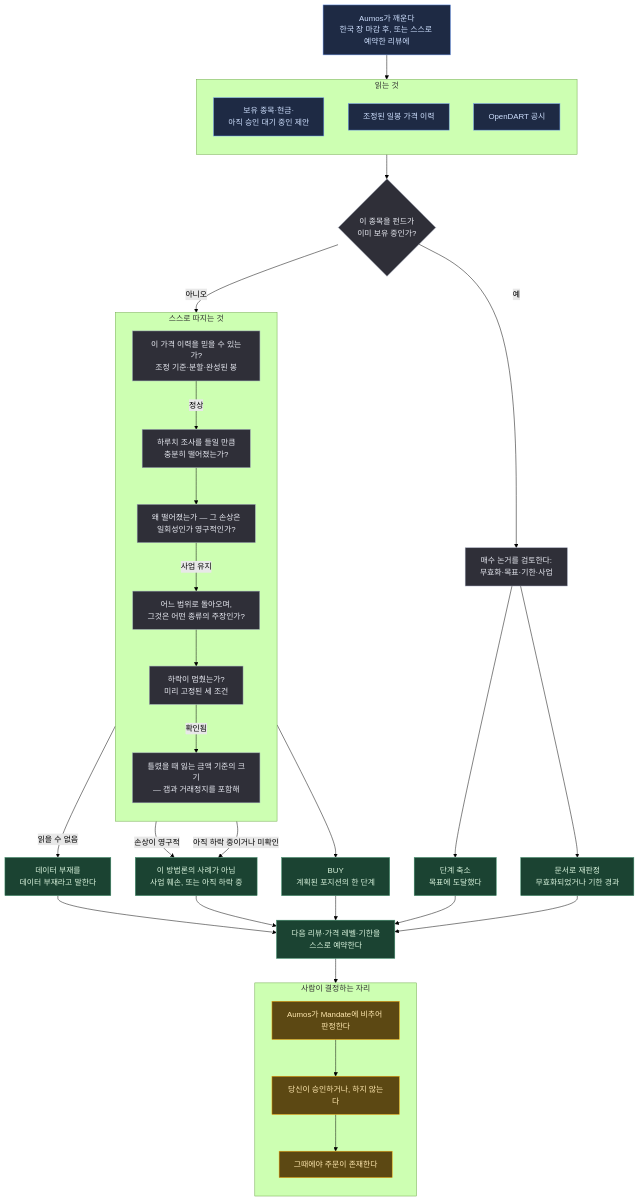
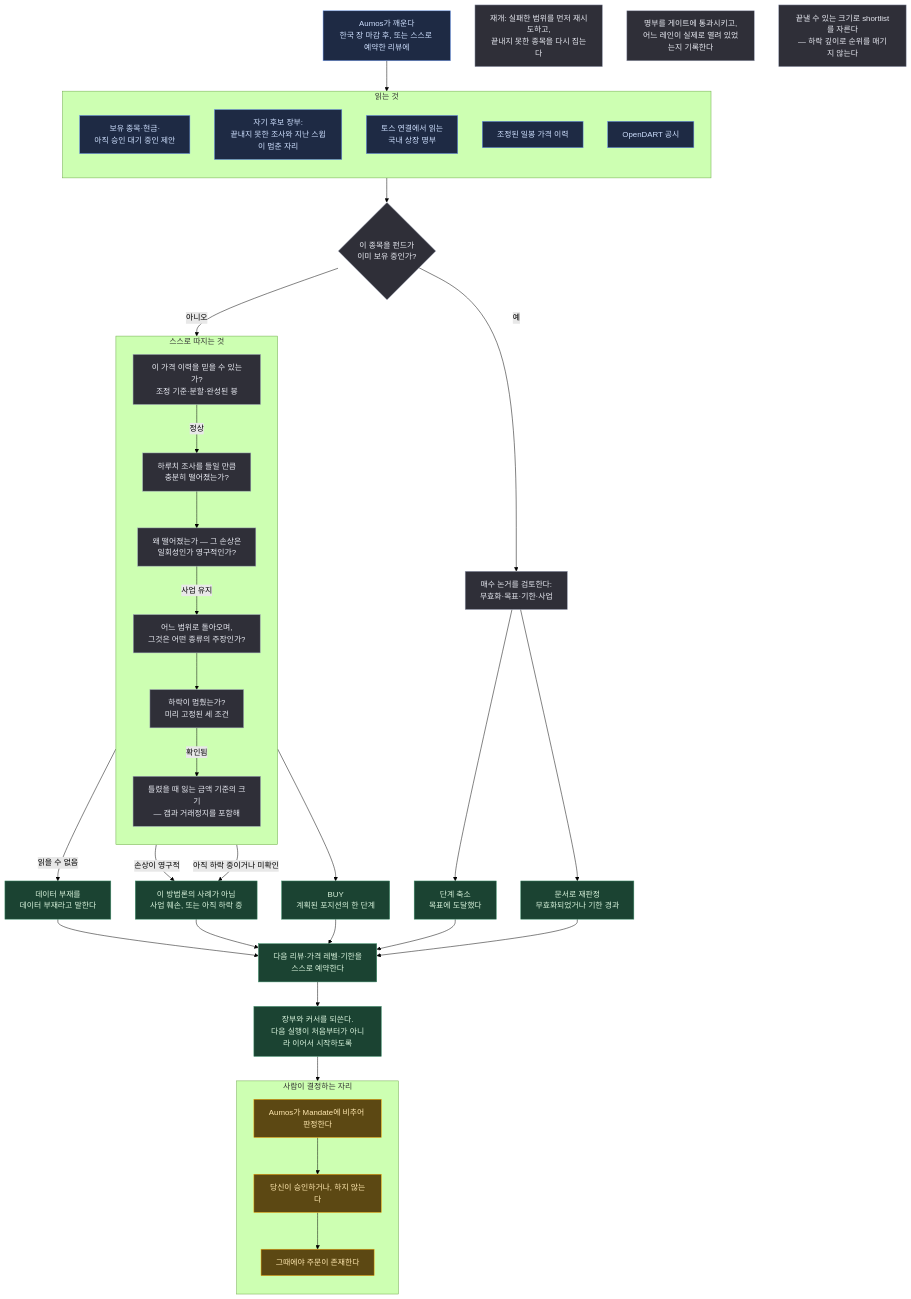
The diagram in managers/fundamental-mean-reversion/README.ko.md (untilled/aumos-catalogue), drawn with Mermaid (forest theme) before and after one commit. The commit also changed other lines of this file and 13 other files, not shown here.

````diff
--- a/managers/fundamental-mean-reversion/README.ko.md
+++ b/managers/fundamental-mean-reversion/README.ko.md
@@ -88,64 +88,72 @@
 ```mermaid
 flowchart TB
     classDef reads fill:#1e2a44,stroke:#6f9bf0,color:#cfe0ff
     classDef judges fill:#2f2f38,stroke:#9aa0b4,color:#e8eaf2
     classDef proposes fill:#1b4332,stroke:#40916c,color:#d8f3dc
     classDef person fill:#5c4813,stroke:#f6a609,color:#ffe8b0
 
     WAKE["Aumos가 깨운다<br/>한국 장 마감 후, 또는 스스로 예약한 리뷰에"]:::reads
 
     subgraph IN["읽는 것"]
         direction TB
         BOOK["보유 종목·현금·<br/>아직 승인 대기 중인 제안"]:::reads
+        LEDG["자기 후보 장부:<br/>끝내지 못한 조사와 지난 스윕이 멈춘 자리"]:::reads
+        ROSTER["토스 연결에서 읽는<br/>국내 상장 명부"]:::reads
         PRICE["조정된 일봉 가격 이력"]:::reads
         FILE["OpenDART 공시"]:::reads
     end
+
+    RESUME["재개: 실패한 범위를 먼저 재시도하고,<br/>끝내지 못한 종목을 다시 집는다"]:::judges
+    SWEEP["명부를 게이트에 통과시키고,<br/>어느 레인이 실제로 열려 있었는지 기록한다"]:::judges
+    CUT["끝낼 수 있는 크기로 shortlist를 자른다<br/>— 하락 깊이로 순위를 매기지 않는다"]:::judges
+    WRITE["장부와 커서를 되쓴다.<br/>다음 실행이 처음부터가 아니라 이어서 시작하도록"]:::proposes
 
     HELD{"이 종목을 펀드가<br/>이미 보유 중인가?"}:::judges
     REVIEW["매수 논거를 검토한다:<br/>무효화·목표·기한·사업"]:::judges
 
     subgraph JUDGE["스스로 따지는 것"]
         direction TB
         INTEG["이 가격 이력을 믿을 수 있는가?<br/>조정 기준·분할·완성된 봉"]:::judges
         GATE["하루치 조사를 들일 만큼<br/>충분히 떨어졌는가?"]:::judges
         WHY["왜 떨어졌는가 — 그 손상은<br/>일회성인가 영구적인가?"]:::judges
         TGT["어느 범위로 돌아오며,<br/>그것은 어떤 종류의 주장인가?"]:::judges
         STAB["하락이 멈췄는가?<br/>미리 고정된 세 조건"]:::judges
         SIZE["틀렸을 때 잃는 금액 기준의 크기<br/>— 갭과 거래정지를 포함해"]:::judges
     end
 
     CANT["데이터 부재를<br/>데이터 부재라고 말한다"]:::proposes
     NOPE["이 방법론의 사례가 아님<br/>사업 훼손, 또는 아직 하락 중"]:::proposes
     BUY["BUY<br/>계획된 포지션의 한 단계"]:::proposes
     TRIM["단계 축소<br/>목표에 도달했다"]:::proposes
     REJUDGE["문서로 재판정<br/>무효화되었거나 기한 경과"]:::proposes
     ARM["다음 리뷰·가격 레벨·기한을<br/>스스로 예약한다"]:::proposes
 
     subgraph HUMAN["사람이 결정하는 자리"]
         direction TB
         MAND["Aumos가 Mandate에 비추어 판정한다"]:::person
         YOU["당신이 승인하거나, 하지 않는다"]:::person
         ORD["그때에야 주문이 존재한다"]:::person
     end
 
     WAKE --> IN --> HELD
     HELD -- 예 --> REVIEW
     REVIEW --> TRIM
     REVIEW --> REJUDGE
     HELD -- 아니오 --> INTEG
     INTEG -- "읽을 수 없음" --> CANT
     INTEG -- 정상 --> GATE
     GATE --> WHY
     WHY -- "손상이 영구적" --> NOPE
     WHY -- "사업 유지" --> TGT
     TGT --> STAB
     STAB -- "아직 하락 중이거나 미확인" --> NOPE
     STAB -- 확인됨 --> SIZE
     SIZE --> BUY
     CANT --> ARM
     NOPE --> ARM
     BUY --> ARM
     TRIM --> ARM
     REJUDGE --> ARM
-    ARM --> MAND --> YOU --> ORD
+    ARM --> WRITE
+    WRITE --> MAND --> YOU --> ORD
 ```
````
